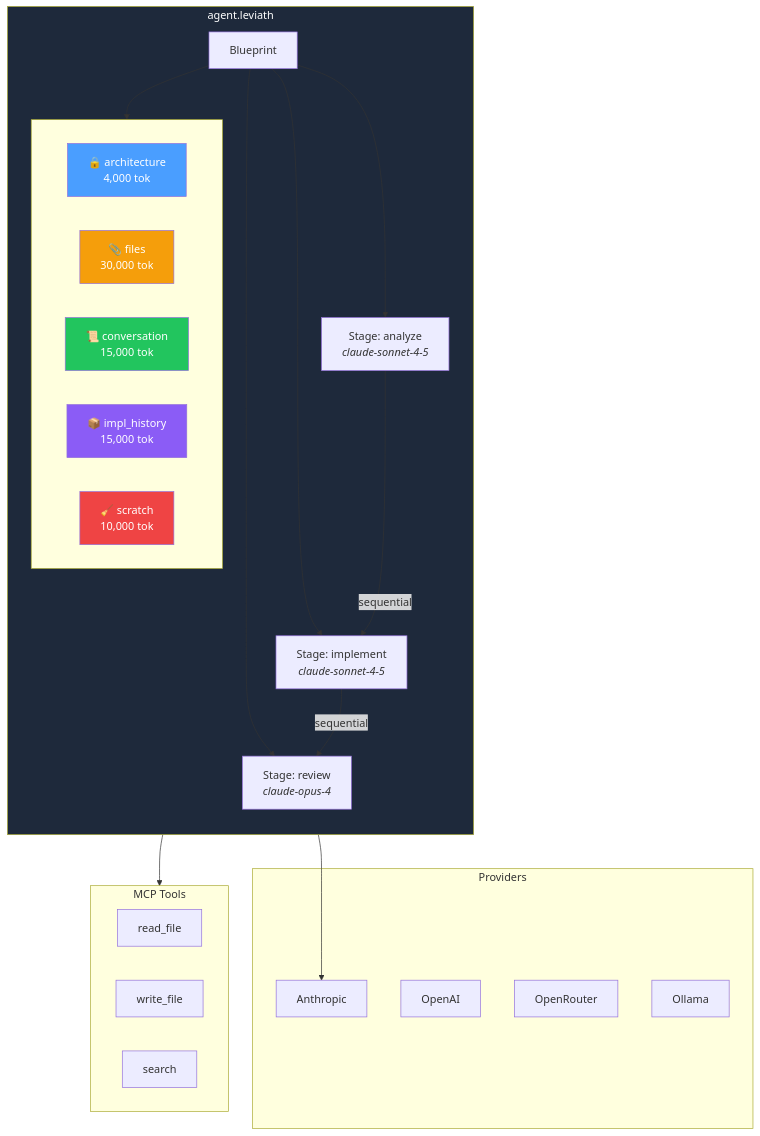
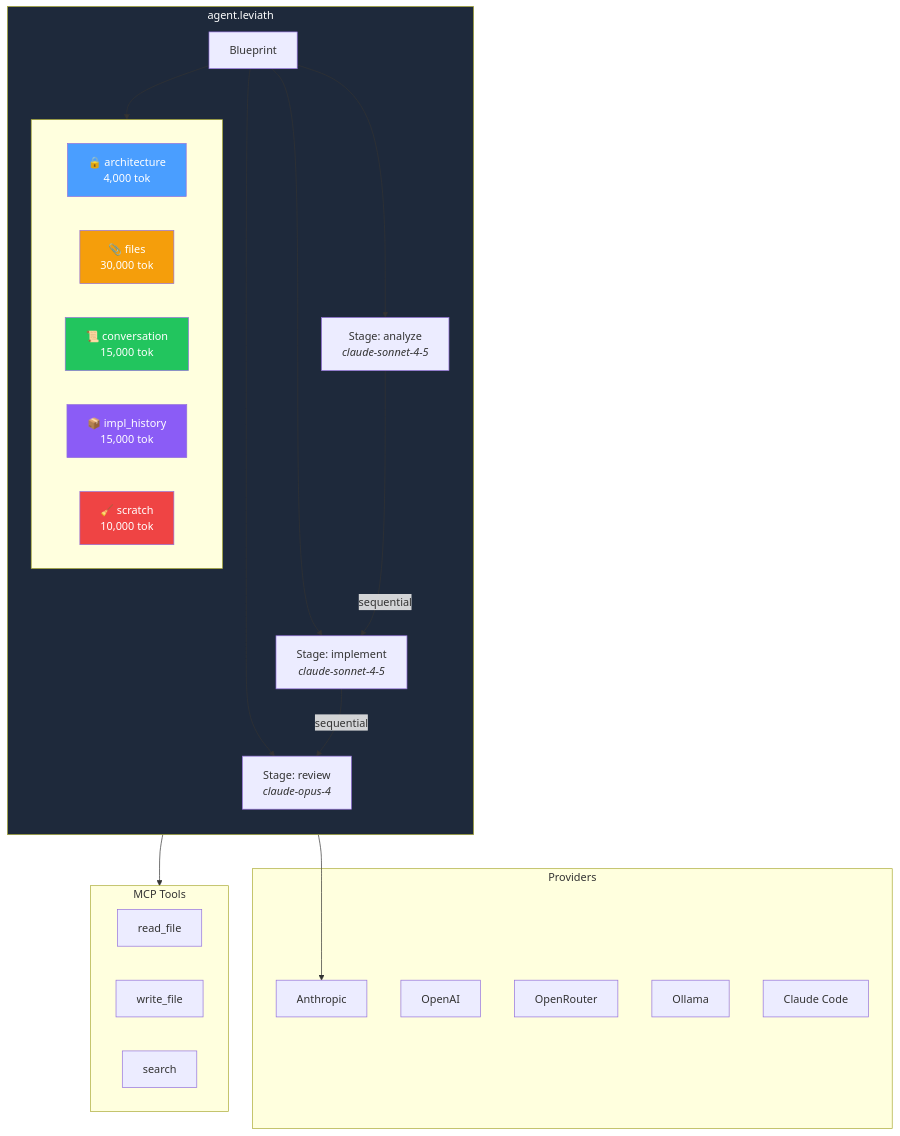
Before and after one commit to GEMISIS/leviath: the third of 5 diagrams in README.md, drawn with Mermaid. The commit also changed other lines of this file and 5 other files, not shown here.

First line of the commit message:
feat: claude-code provider + runtime warnings + fix test failures

````diff
--- a/README.md
+++ b/README.md
@@ -99,44 +121,45 @@
 ```mermaid
 flowchart TB
     subgraph Agent["agent.leviath"]
         direction TB
         B[Blueprint] --> S1[Stage: analyze<br><i>claude-sonnet-4-5</i>]
         B --> S2[Stage: implement<br><i>claude-sonnet-4-5</i>]
         B --> S3[Stage: review<br><i>claude-opus-4</i>]
         B --> CW[Context Window]
     end
 
     subgraph CW[" "]
         direction LR
         R1["🔒 architecture<br>4,000 tok"]
         R2["📎 files<br>30,000 tok"]
         R3["📜 conversation<br>15,000 tok"]
         R4["📦 impl_history<br>15,000 tok"]
         R5["🧹 scratch<br>10,000 tok"]
     end
 
     S1 -->|sequential| S2 -->|sequential| S3
 
     subgraph Providers
         A[Anthropic]
         O[OpenAI]
         OR[OpenRouter]
         OL[Ollama]
+        CC[Claude Code]
     end
 
     subgraph Tools["MCP Tools"]
         T1[read_file]
         T2[write_file]
         T3[search]
     end
 
     S2 --> A
     S2 --> Tools
 
     style Agent fill:#1e293b,color:#fff
     style R1 fill:#4a9eff,color:#fff
     style R2 fill:#f59e0b,color:#fff
     style R3 fill:#22c55e,color:#fff
     style R4 fill:#8b5cf6,color:#fff
     style R5 fill:#ef4444,color:#fff
 ```
````
